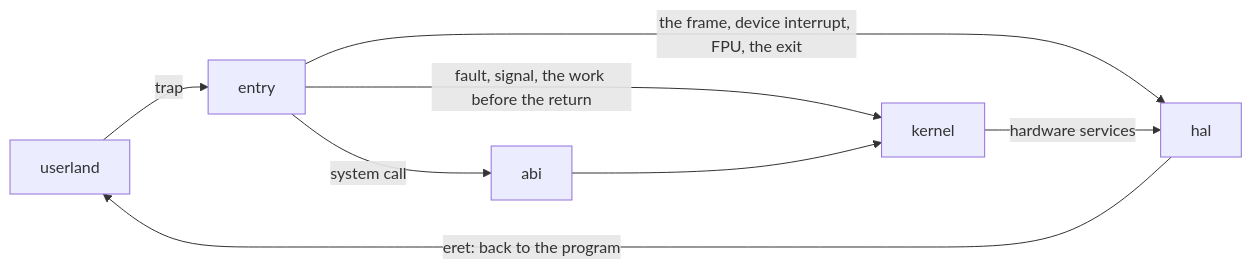
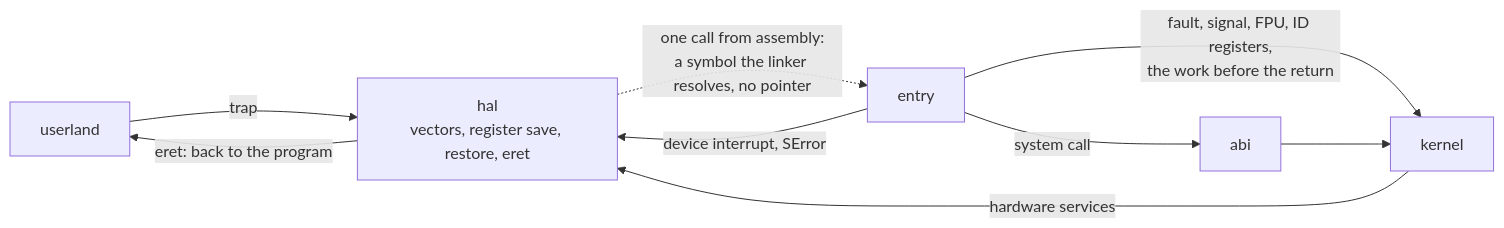
Before and after one commit to EmiBSD/Kernel: the second of 5 diagrams in docs/ENTRY.md, drawn with Mermaid. The commit also changed other lines of this file and 2 other files, not shown here.

````diff
--- a/docs/ENTRY.md
+++ b/docs/ENTRY.md
@@ -91,10 +101,11 @@
 ```mermaid
 flowchart LR
-    U["userland"] -->|"trap"| E["entry"]
+    U["userland"] -->|"trap"| HAL["hal<br/>vectors, register save, restore, eret"]
+    HAL -.->|"one call from assembly:<br/>a symbol the linker resolves, no pointer"| E["entry"]
     E -->|"system call"| ABI["abi"]
-    E -->|"fault, signal, the work before the return"| K["kernel"]
-    E -->|"the frame, device interrupt, FPU, the exit"| HAL["hal"]
+    E -->|"fault, signal, FPU, ID registers,<br/>the work before the return"| K["kernel"]
+    E -->|"device interrupt, SError"| HAL
     ABI --> K
     K -->|"hardware services"| HAL
     HAL -->|"eret: back to the program"| U
 ```
````
